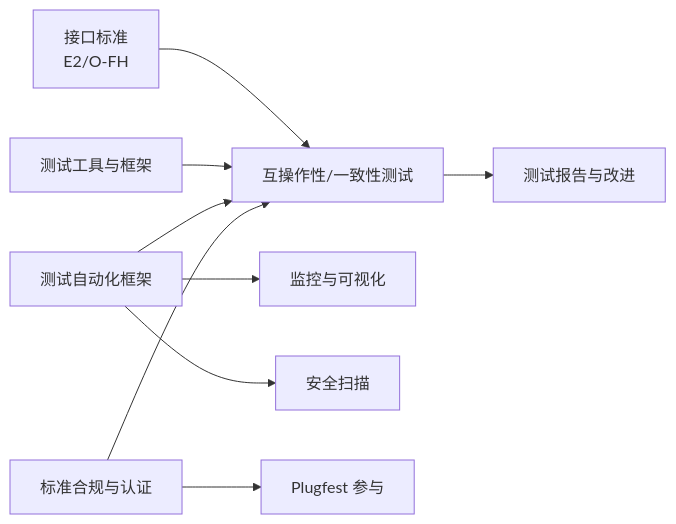
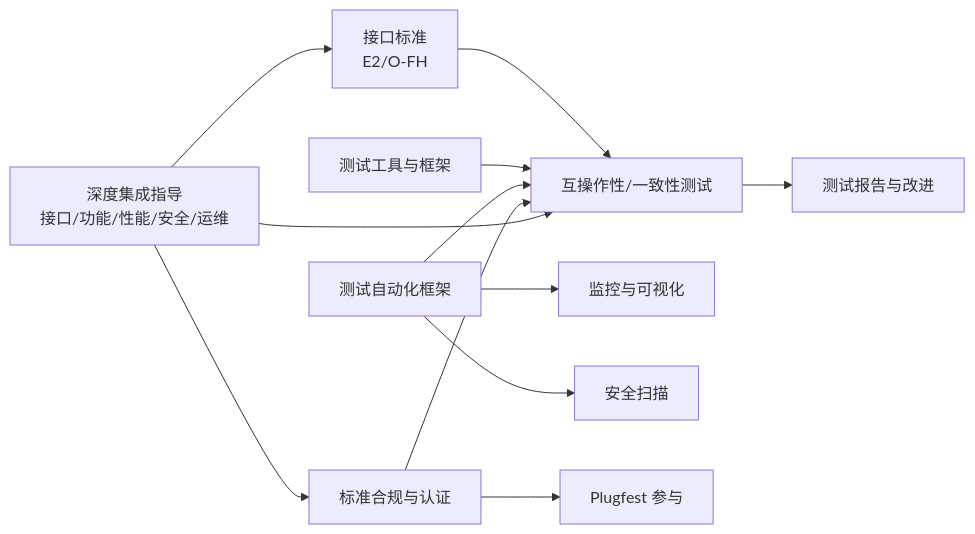
The eighth of 8 diagrams in .qoder/repowiki/zh/content/标准与合规/多厂商集成实践.md (allengaller/oran-database), drawn with Mermaid before and after one commit. The commit also changed other lines of this file and 32 other files, not shown here.

````diff
--- a/.qoder/repowiki/zh/content/标准与合规/多厂商集成实践.md
+++ b/.qoder/repowiki/zh/content/标准与合规/多厂商集成实践.md
@@ -264,11 +434,14 @@
 ```mermaid
 graph LR
-Standards["接口标准<br/>E2/O-FH"] --> Testing["互操作性/一致性测试"]
+DeepGuide["深度集成指导<br/>接口/功能/性能/安全/运维"] --> Standards["接口标准<br/>E2/O-FH"]
+Standards --> Testing["互操作性/一致性测试"]
 Tools["测试工具与框架"] --> Testing
 Auto["测试自动化框架"] --> Testing
 Auto --> Monitoring["监控与可视化"]
 Auto --> Security["安全扫描"]
 Compliance["标准合规与认证"] --> Testing
 Compliance --> Plugfest["Plugfest 参与"]
 Testing --> Reports["测试报告与改进"]
+DeepGuide --> Testing
+DeepGuide --> Compliance
 ```
````
